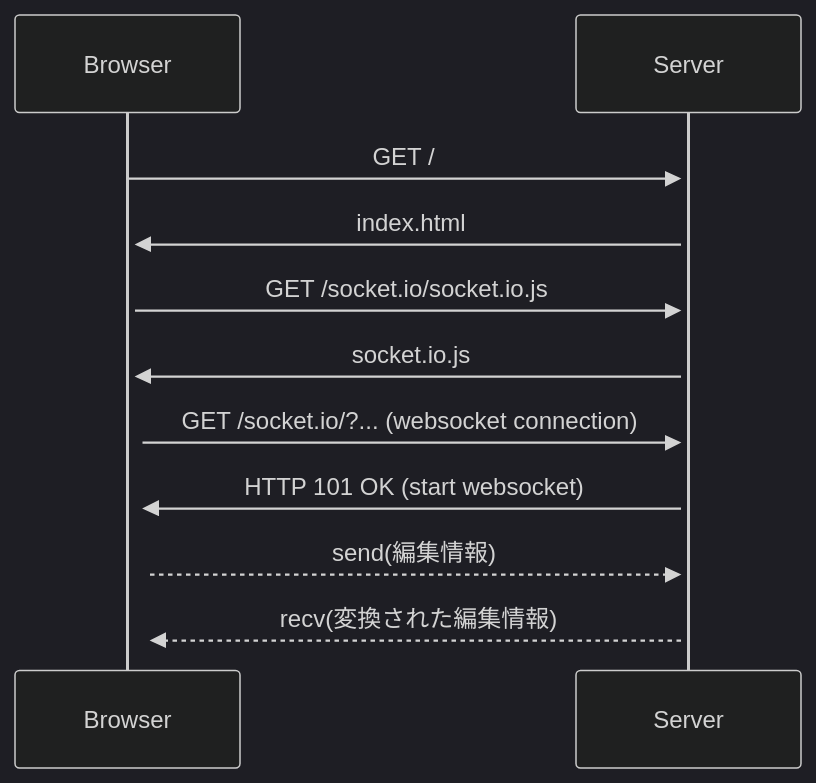
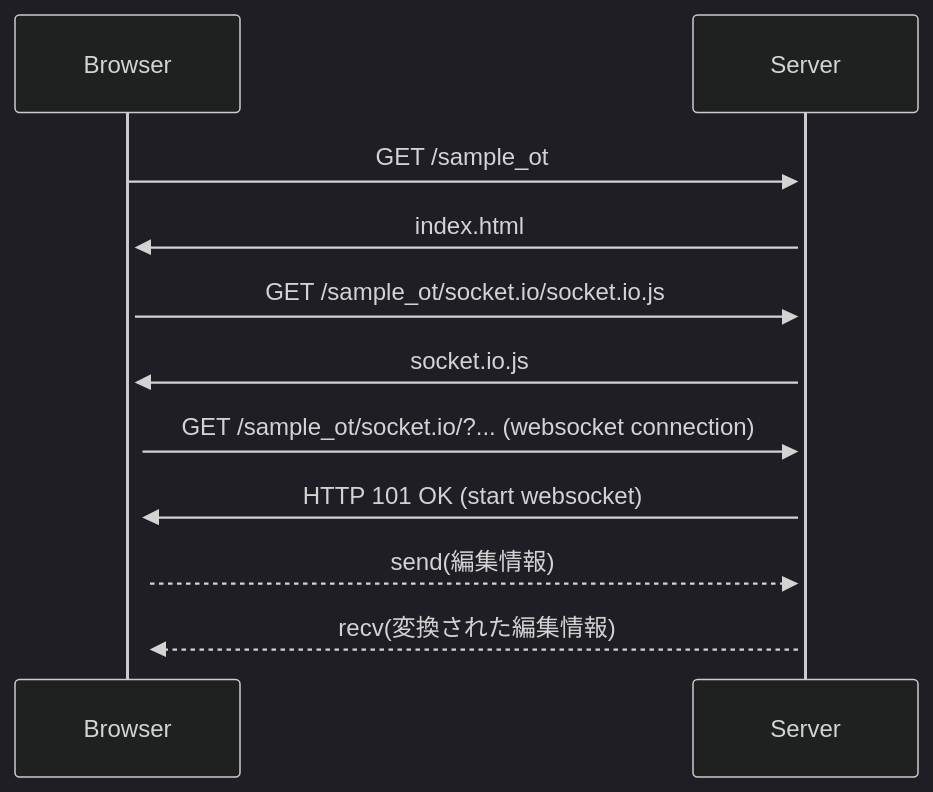
One commit to kcg-edu-future-lab/sample-ot changed the diagram in README.md. Above: the diagram before and after it, drawn with Mermaid (dark theme). The commit also changed other lines of this file and 2 other files, not shown here.

Commit message:
パス名変更

````diff
--- a/README.md
+++ b/README.md
@@ -32,11 +32,11 @@
 ```mermaid
 sequenceDiagram
-    Browser->>+Server: GET /
+    Browser->>+Server: GET /sample_ot
     Server->>+Browser: index.html
-    Browser->>+Server: GET /socket.io/socket.io.js
+    Browser->>+Server: GET /sample_ot/socket.io/socket.io.js
     Server->>+Browser: socket.io.js
-    Browser->>+Server: GET /socket.io/?... (websocket connection)
+    Browser->>+Server: GET /sample_ot/socket.io/?... (websocket connection)
     Server->>+Browser: HTTP 101 OK (start websocket)
     Browser-->>Server: send(編集情報)
     Server-->>Browser: recv(変換された編集情報)
 ```
````
